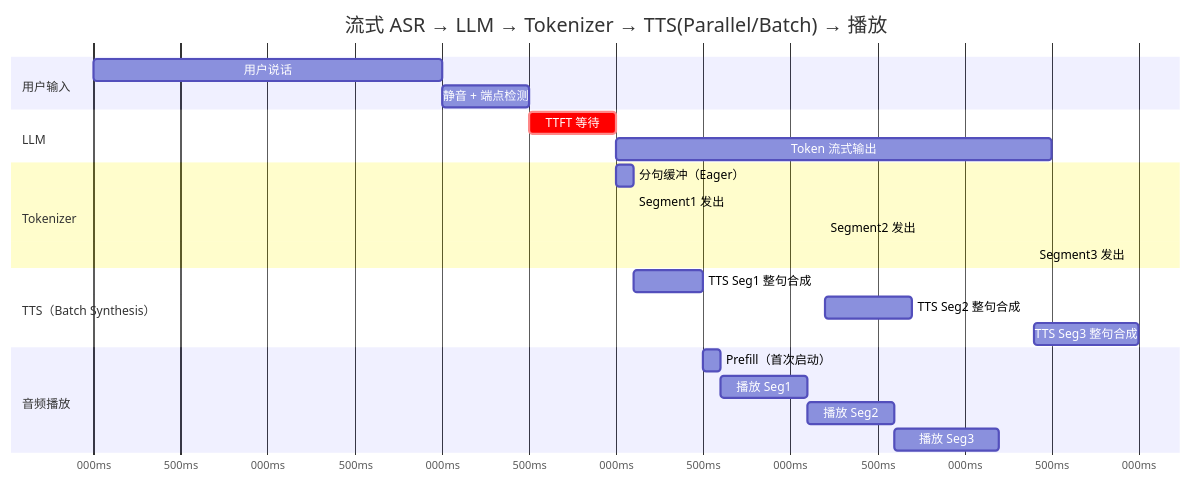
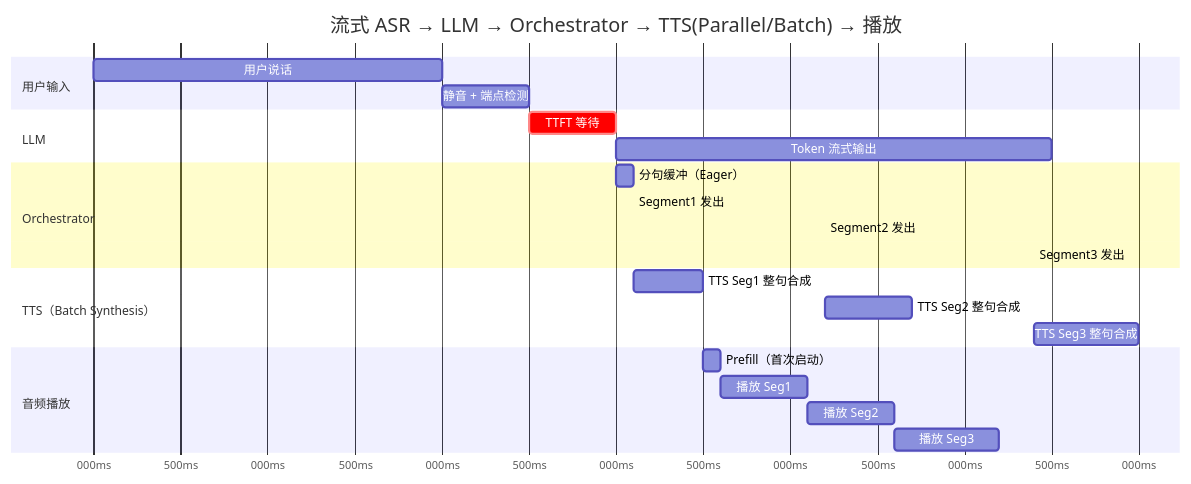
One commit to sanshanya/rcat-voice changed the fourth of 4 diagrams in docs/ARCHITECTURE.md. Above: the diagram before and after it, drawn with Mermaid. The commit also changed other lines of this file and 19 other files, not shown here.

````diff
--- a/docs/ARCHITECTURE.md
+++ b/docs/ARCHITECTURE.md
@@ -299,31 +304,31 @@
 ```mermaid
 gantt
-    title 流式 ASR → LLM → Tokenizer → TTS(Parallel/Batch) → 播放
+    title 流式 ASR → LLM → Orchestrator → TTS(Parallel/Batch) → 播放
     dateFormat x
     axisFormat %Lms
 
     section 用户输入
     用户说话               :user, 0, 2000
     静音 + 端点检测         :silence, 2000, 2500
 
     section LLM
     TTFT 等待               :crit, ttft, 2500, 3000
     Token 流式输出           :llm, 3000, 5500
 
-    section Tokenizer
+    section Orchestrator
     分句缓冲（Eager）        :tok, 3000, 3100
     Segment1 发出            :seg1, 3100, 3101
     Segment2 发出            :seg2, 4200, 4201
     Segment3 发出            :seg3, 5400, 5401
 
     section TTS（Batch Synthesis）
     TTS Seg1 整句合成         :tts1, 3100, 3500
     TTS Seg2 整句合成         :tts2, 4200, 4700
     TTS Seg3 整句合成         :tts3, 5400, 6000
 
     section 音频播放
     Prefill（首次启动）       :prefill, 3500, 3600
     播放 Seg1                 :play1, 3600, 4100
     播放 Seg2                 :play2, 4100, 4600
     播放 Seg3                 :play3, 4600, 5200
 ```
````
